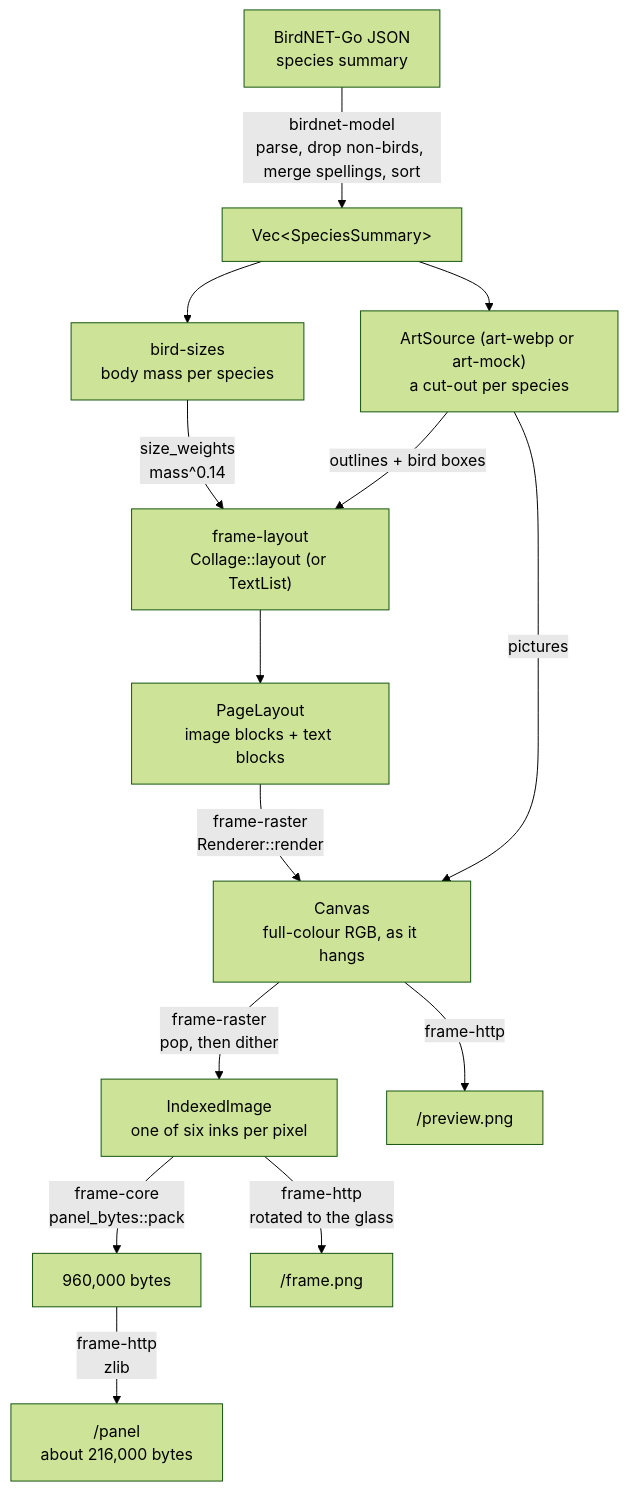
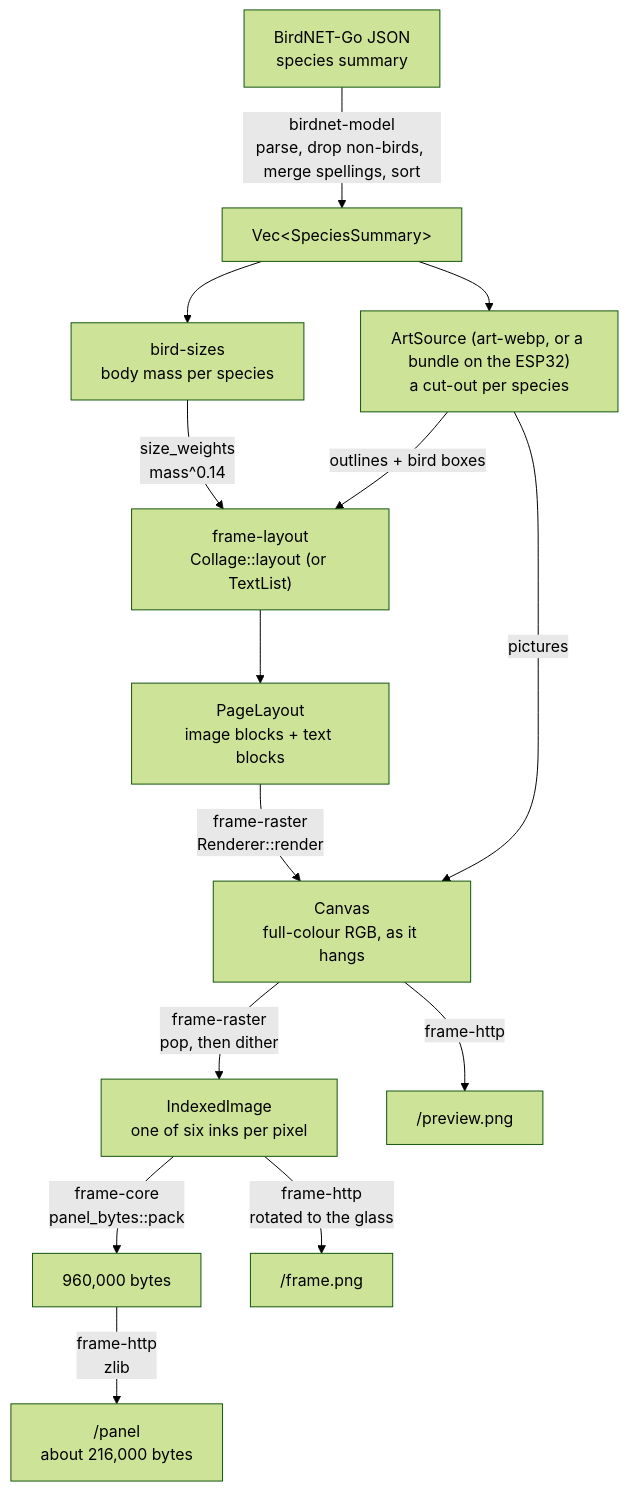
Before and after one commit to Filip-Pajalic/birdnet-go-frame: the first of 4 diagrams in docs/explanation/image-pipeline.md, drawn with Mermaid (forest theme). The commit also changed other lines of this file and 45 other files, not shown here.

````diff
--- a/docs/explanation/image-pipeline.md
+++ b/docs/explanation/image-pipeline.md
@@ -11,16 +11,16 @@
 ```mermaid
 flowchart TD
     json["BirdNET-Go JSON<br/>species summary"] -->|"birdnet-model<br/>parse, drop non-birds, merge spellings, sort"| species["Vec&lt;SpeciesSummary&gt;"]
     species --> sizes["bird-sizes<br/>body mass per species"]
-    species --> art["ArtSource (art-webp or art-mock)<br/>a cut-out per species"]
+    species --> art["ArtSource (art-webp, or a bundle on the ESP32)<br/>a cut-out per species"]
     sizes -->|"size_weights<br/>mass^0.14"| collage
     art -->|"outlines + bird boxes"| collage
     collage["frame-layout<br/>Collage::layout (or TextList)"] --> layout["PageLayout<br/>image blocks + text blocks"]
     art -->|pictures| canvas
     layout -->|"frame-raster<br/>Renderer::render"| canvas["Canvas<br/>full-colour RGB, as it hangs"]
     canvas -->|"frame-raster<br/>pop, then dither"| page["IndexedImage<br/>one of six inks per pixel"]
     page -->|"frame-core<br/>panel_bytes::pack"| bytes["960,000 bytes"]
     bytes -->|"frame-http<br/>zlib"| panel["/panel<br/>about 216,000 bytes"]
     canvas -->|frame-http| preview["/preview.png"]
     page -->|"frame-http<br/>rotated to the glass"| framepng["/frame.png"]
 ```
````
